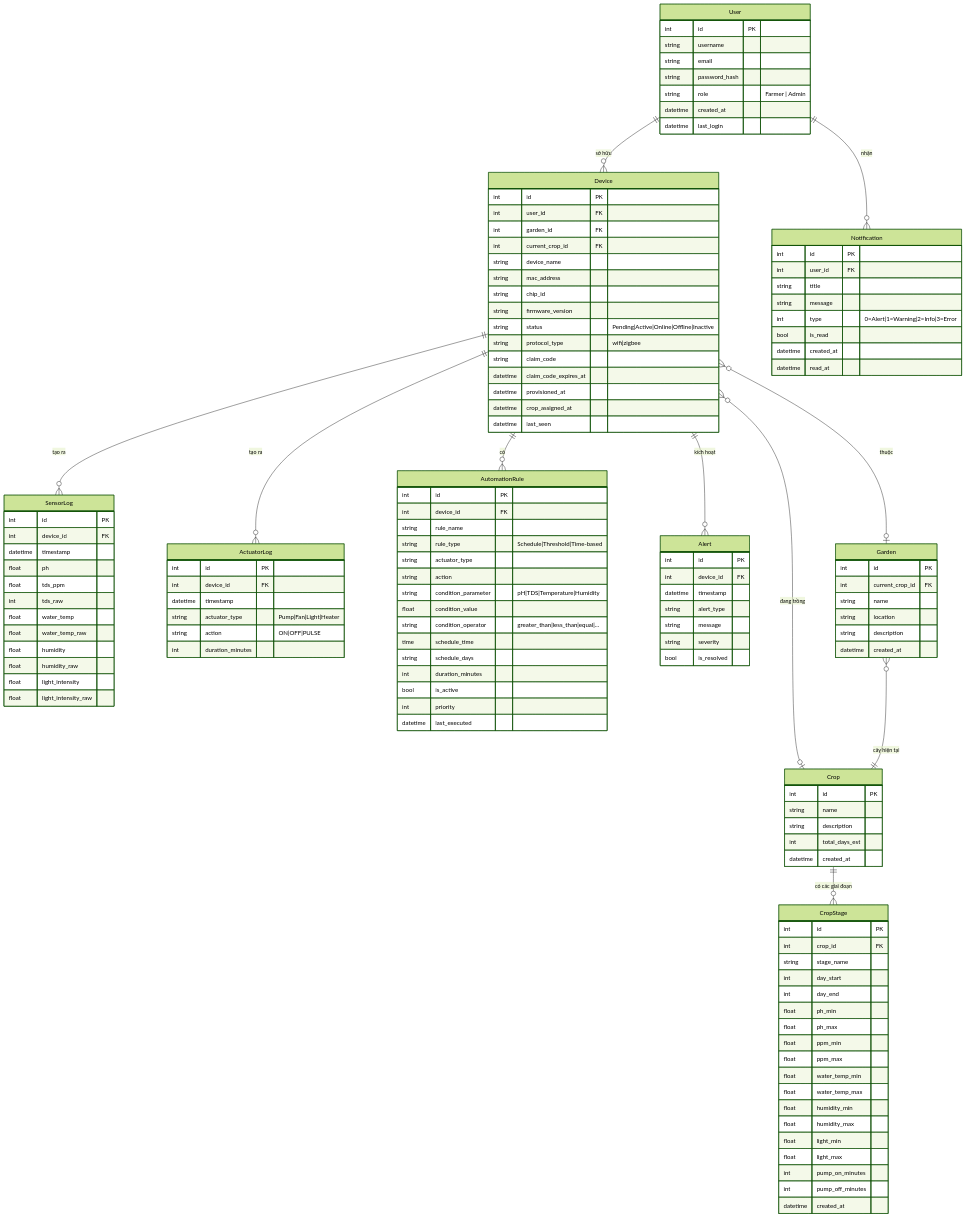
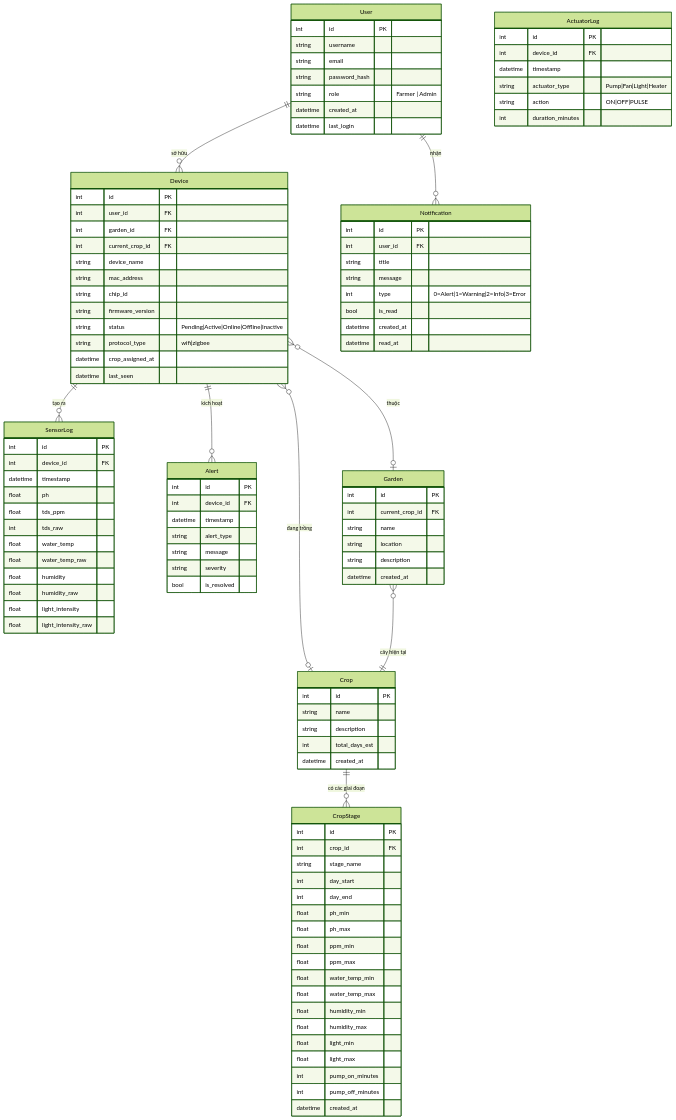
Before and after one commit to N3m310/AeroponicIOT: the third of 5 diagrams in docs/presentation-outline.md, drawn with Mermaid (forest theme). The commit also changed other lines of this file and 1 other file, not shown here.

```diff
--- a/docs/presentation-outline.md
+++ b/docs/presentation-outline.md
@@ -273,8 +260,6 @@
     User ||--o{ Notification : "nhận"
 
     Device ||--o{ SensorLog : "tạo ra"
-    Device ||--o{ ActuatorLog : "tạo ra"
-    Device ||--o{ AutomationRule : "có"
     Device ||--o{ Alert : "kích hoạt"
     Device }o--o| Crop : "đang trồng"
     Device }o--o| Garden : "thuộc"
@@ -303,9 +288,6 @@
         string firmware_version
         string status "Pending|Active|Online|Offline|Inactive"
         string protocol_type "wifi|zigbee"
-        string claim_code
-        datetime claim_code_expires_at
-        datetime provisioned_at
         datetime crop_assigned_at
         datetime last_seen
     }
@@ -332,24 +314,6 @@
         string actuator_type "Pump|Fan|Light|Heater"
         string action "ON|OFF|PULSE"
         int duration_minutes
-    }
-
-    AutomationRule {
-        int id PK
-        int device_id FK
-        string rule_name
-        string rule_type "Schedule|Threshold|Time-based"
-        string actuator_type
-        string action
-        string condition_parameter "pH|TDS|Temperature|Humidity"
-        float condition_value
-        string condition_operator "greater_than|less_than|equal|..."
-        time schedule_time
-        string schedule_days
-        int duration_minutes
-        bool is_active
-        int priority
-        datetime last_executed
     }
 
     Alert {
```
